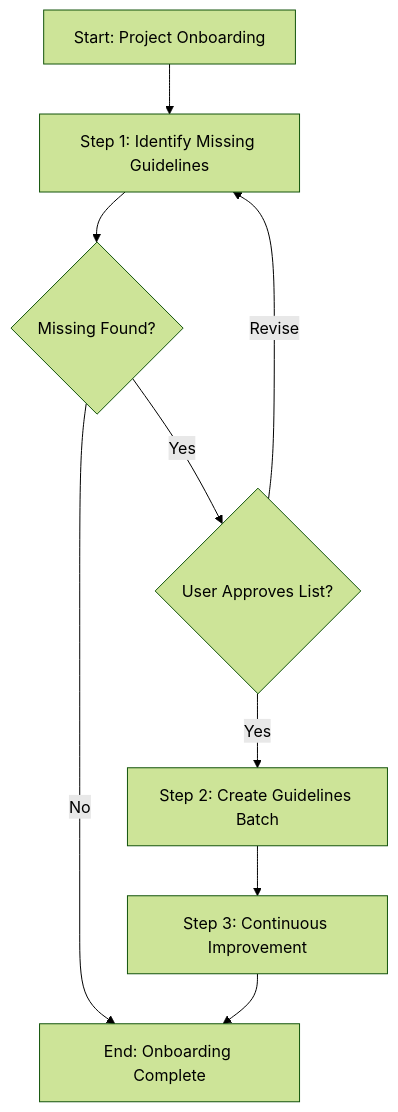
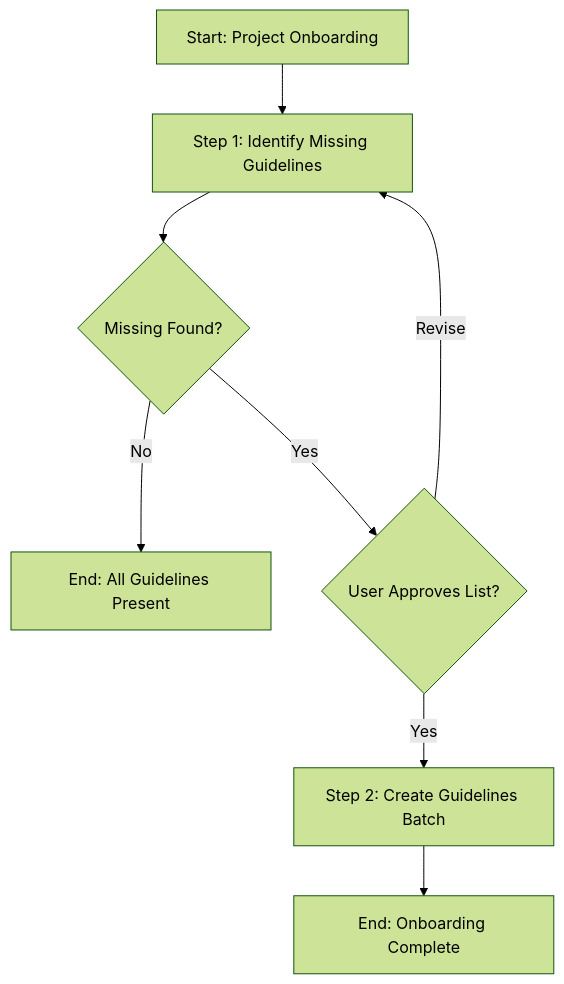
One commit to HMTools/agentic-processes-templates changed the diagram in templates/processes/infrastructure/onboard/onboard.md. Above: the diagram before and after it, drawn with Mermaid (forest theme). The commit also changed other lines of this file and 29 other files, not shown here.

First line of the commit message:
feat: Make continuous improvement and process validation framework-managed

````diff
--- a/templates/processes/infrastructure/onboard/onboard.md
+++ b/templates/processes/infrastructure/onboard/onboard.md
@@ -31,11 +31,10 @@
 ```mermaid
 flowchart TD
     A[Start: Project Onboarding] --> B[Step 1: Identify Missing Guidelines]
     B --> C{Missing Found?}
     C -->|No| G[End: All Guidelines Present]
     C -->|Yes| D{User Approves List?}
     D -->|Revise| B
     D -->|Yes| E[Step 2: Create Guidelines Batch]
-    E --> F[Step 3: Continuous Improvement]
-    F --> G[End: Onboarding Complete]
+    E --> F[End: Onboarding Complete]
 ```
````
